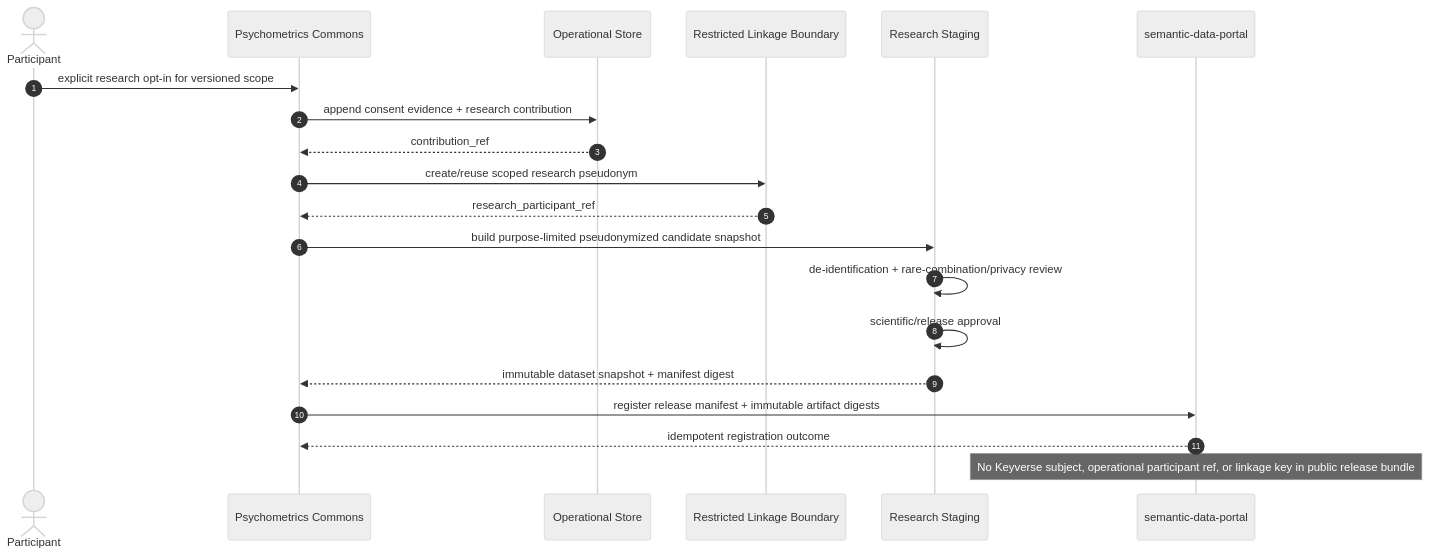
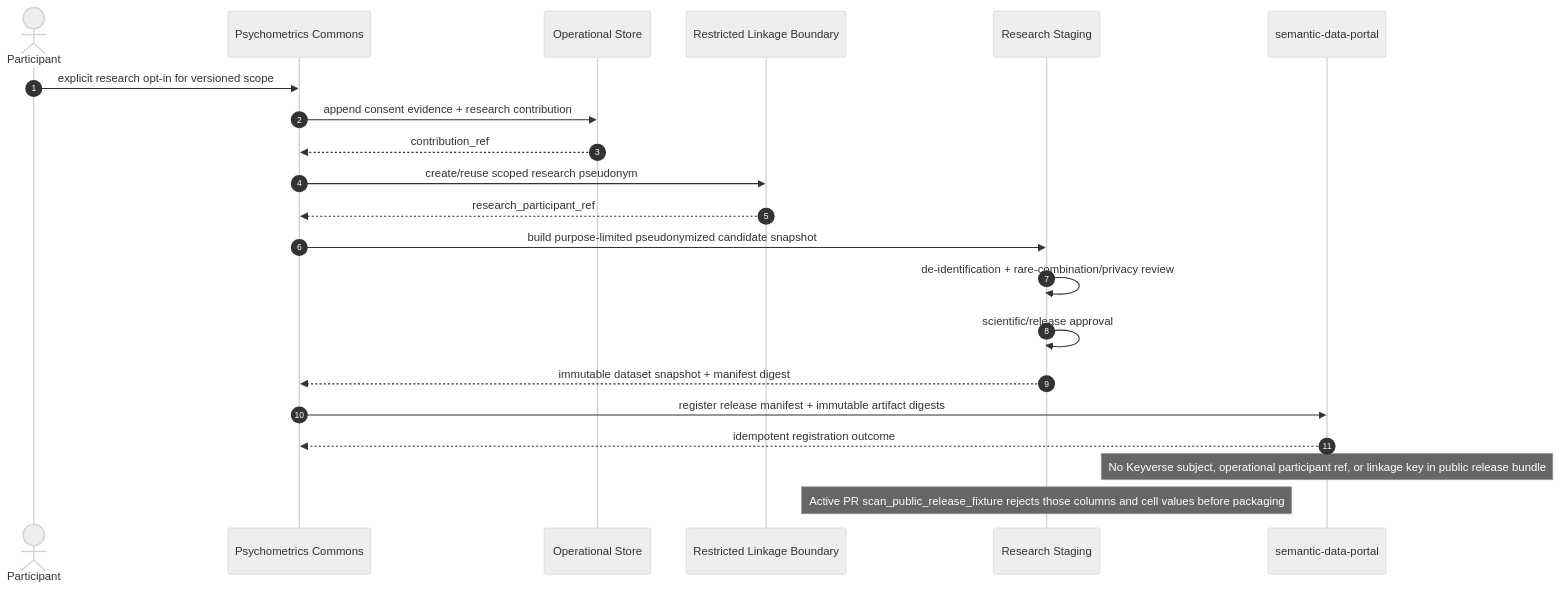
Before and after one commit to ContextualWisdomLab/psychometrics-commons: diagram 11 of 12 in docs/architecture/UML.md, drawn with Mermaid (neutral theme). The commit also changed 7 other files, not shown here.

First line of the commit message:
feat(research): fail closed on public fixture identity leak

````diff
--- a/docs/architecture/UML.md
+++ b/docs/architecture/UML.md
@@ -443,26 +443,27 @@
 ```mermaid
 sequenceDiagram
     autonumber
     actor P as Participant
     participant A as Psychometrics Commons
     participant DB as Operational Store
     participant L as Restricted Linkage Boundary
     participant R as Research Staging
     participant S as semantic-data-portal
 
     P->>A: explicit research opt-in for versioned scope
     A->>DB: append consent evidence + research contribution
     DB-->>A: contribution_ref
     A->>L: create/reuse scoped research pseudonym
     L-->>A: research_participant_ref
 
     A->>R: build purpose-limited pseudonymized candidate snapshot
     R->>R: de-identification + rare-combination/privacy review
     R->>R: scientific/release approval
     R-->>A: immutable dataset snapshot + manifest digest
 
     A->>S: register release manifest + immutable artifact digests
     S-->>A: idempotent registration outcome
 
     Note over S: No Keyverse subject, operational participant ref, or linkage key in public release bundle
+    Note over R: Active PR scan_public_release_fixture rejects those columns and cell values before packaging
 ```
````
